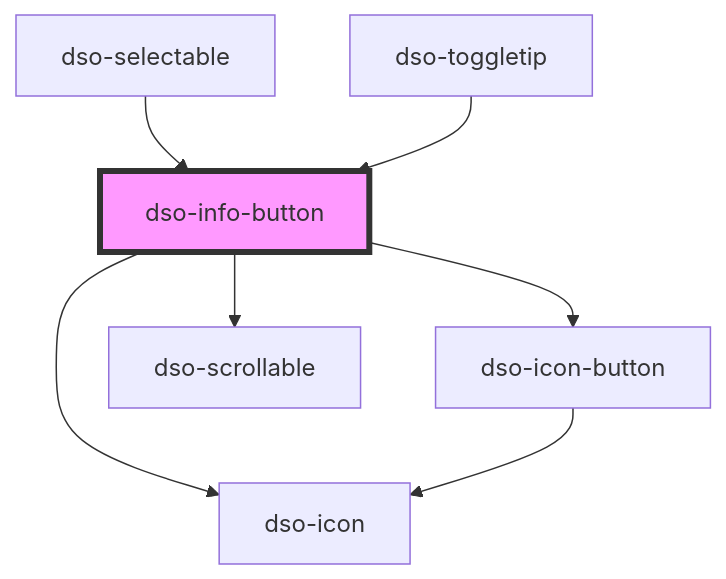
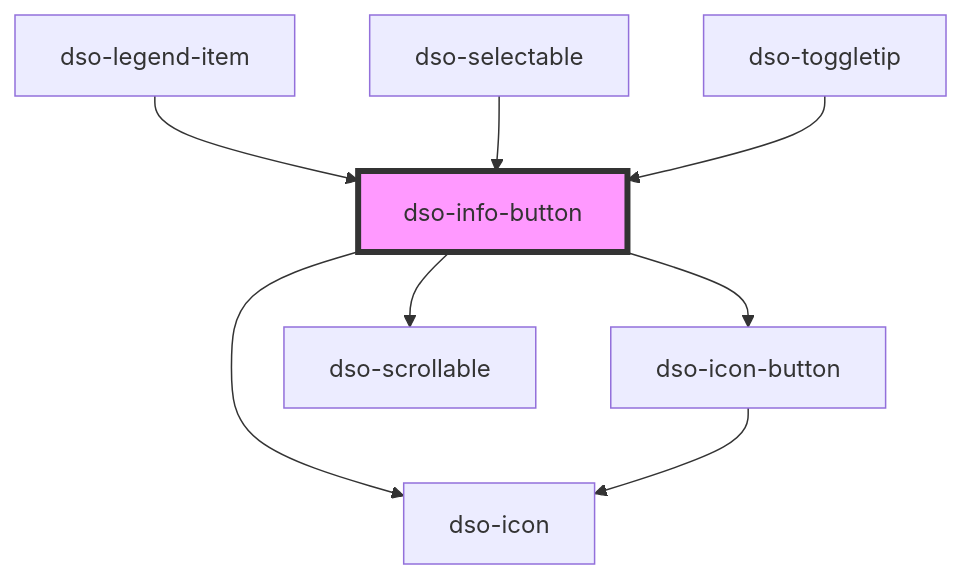
One commit to dso-toolkit/dso-toolkit changed the diagram in packages/core/src/components/info-button/readme.md. Above: the diagram before and after it, drawn with Mermaid. The commit also changed other lines of this file and 42 other files, not shown here.

Commit message:
#3490 [Changed] Legend: Legend en Legend Item fuseren tot één component Legend

````diff
--- a/packages/core/src/components/info-button/readme.md
+++ b/packages/core/src/components/info-button/readme.md
@@ -66,10 +67,11 @@
 ```mermaid
 graph TD;
   dso-info-button --> dso-icon-button
   dso-info-button --> dso-icon
   dso-info-button --> dso-scrollable
   dso-icon-button --> dso-icon
+  dso-legend-item --> dso-info-button
   dso-selectable --> dso-info-button
   dso-toggletip --> dso-info-button
   style dso-info-button fill:#f9f,stroke:#333,stroke-width:4px
 ```
````
